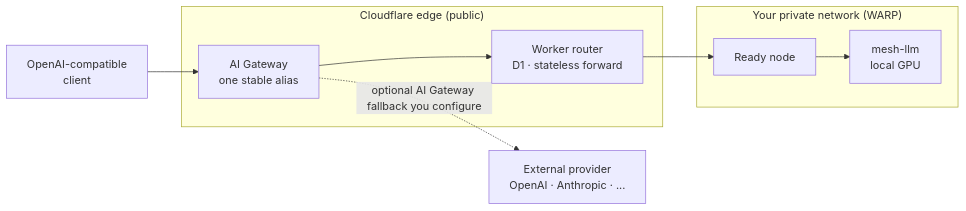
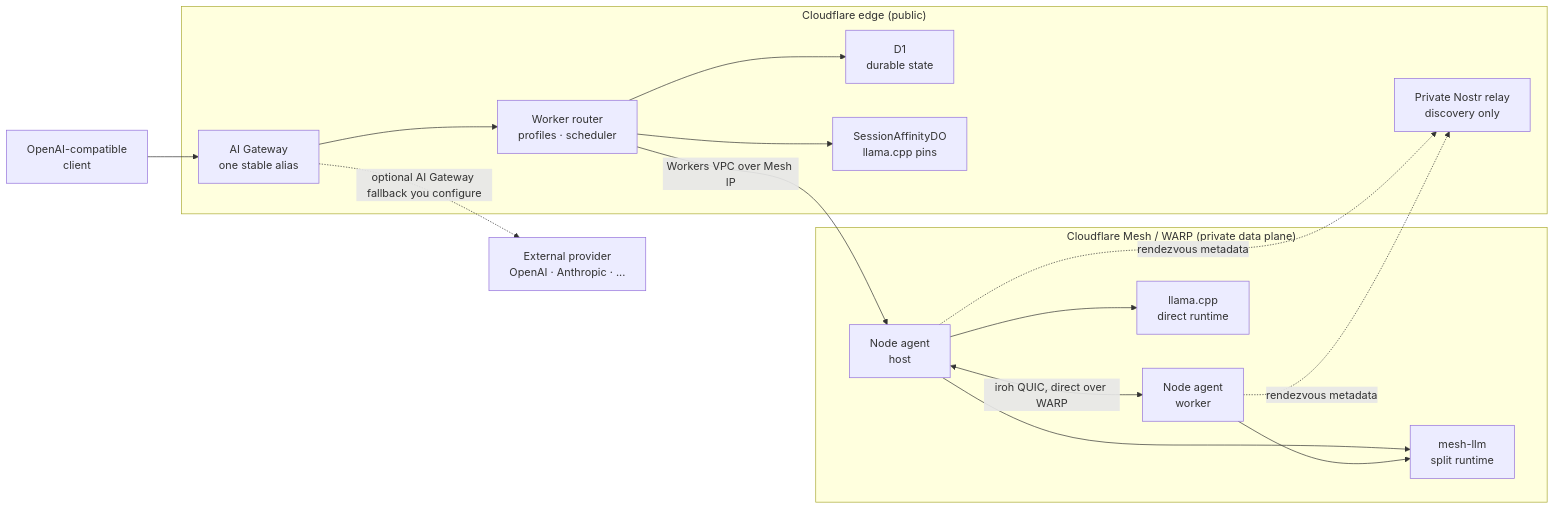
The diagram in README.md (nikolanovoselec/codeflare-inference-mesh), drawn with Mermaid before and after one commit. The commit also changed other lines of this file, not shown here.

Commit message:
docs: update README from llama-docs

````diff
--- a/README.md
+++ b/README.md
@@ -28,16 +28,30 @@
 ```mermaid
 flowchart LR
     client["OpenAI-compatible<br/>client"]
     subgraph edge["Cloudflare edge (public)"]
         gateway["AI Gateway<br/>one stable alias"]
-        router["Worker router<br/>D1 · stateless forward"]
+        router["Worker router<br/>profiles · scheduler"]
+        d1["D1<br/>durable state"]
+        affinity["SessionAffinityDO<br/>llama.cpp pins"]
+        nostr["Private Nostr relay<br/>discovery only"]
     end
-    subgraph priv["Your private network (WARP)"]
-        node["Ready node"]
-        llm["mesh-llm<br/>local GPU"]
+    subgraph mesh["Cloudflare Mesh / WARP (private data plane)"]
+        nodeA["Node agent<br/>host"]
+        nodeB["Node agent<br/>worker"]
+        meshllm["mesh-llm<br/>split runtime"]
+        llama["llama.cpp<br/>direct runtime"]
     end
     provider["External provider<br/>OpenAI · Anthropic · ..."]
 
-    client --> gateway --> router --> node --> llm
+    client --> gateway --> router
+    router --> d1
+    router --> affinity
+    router -->|Workers VPC over Mesh IP| nodeA
+    nodeA --> meshllm
+    nodeA --> llama
+    nodeA <-->|iroh QUIC, direct over WARP| nodeB
+    nodeB --> meshllm
+    nodeA -.->|rendezvous metadata| nostr
+    nodeB -.->|rendezvous metadata| nostr
     gateway -.->|optional AI Gateway fallback you configure| provider
 ```
````
